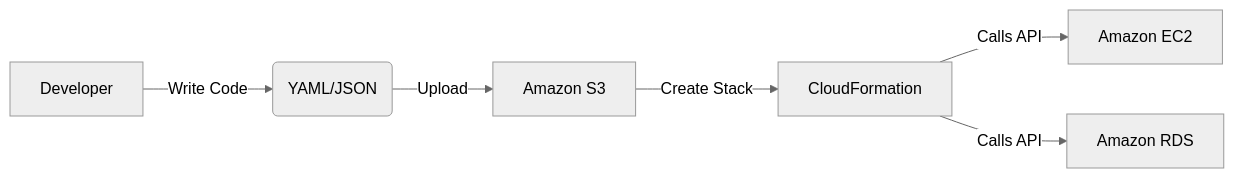
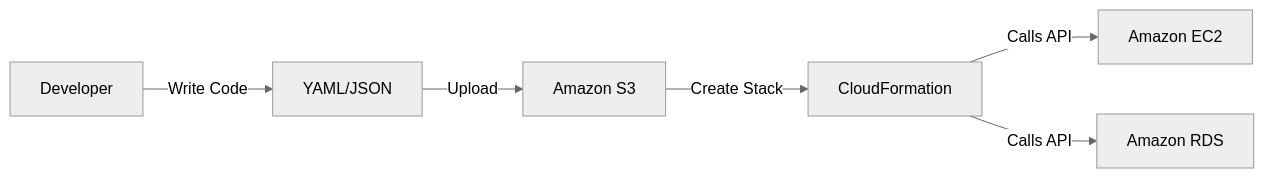
Before and after one commit to itspriyanshuks17/aws_learning: the first of 2 diagrams in 44_cloudformation.md, drawn with Mermaid (neutral theme). The commit also changed 5 other files, not shown here.

Commit message:
Fix Mermaid diagram syntax in developer guides

````diff
--- a/44_cloudformation.md
+++ b/44_cloudformation.md
@@ -30,8 +30,8 @@
 ```mermaid
 graph LR
-    User[Developer] -->|Write Code| Template(YAML/JSON)
+    User[Developer] -->|Write Code| Template[YAML/JSON]
     Template -->|Upload| S3[Amazon S3]
     S3 -->|Create Stack| CFN[CloudFormation]
     CFN -->|Calls API| EC2[Amazon EC2]
     CFN -->|Calls API| RDS[Amazon RDS]
 ```
````
